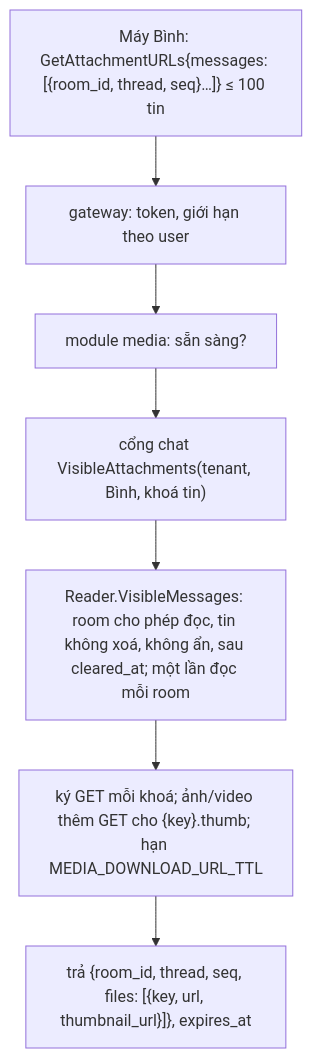
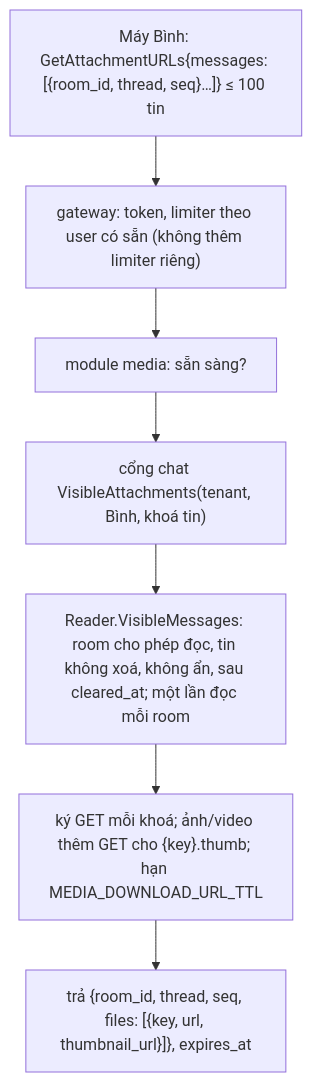
The second of 3 diagrams in docs/plans/2026-11-07-m7-p2-attachments-summary.md (ivannguyendev/chatim), drawn with Mermaid before and after one commit. The commit also changed other lines of this file, not shown here.

````diff
--- a/docs/plans/2026-11-07-m7-p2-attachments-summary.md
+++ b/docs/plans/2026-11-07-m7-p2-attachments-summary.md
@@ -126,9 +126,9 @@
 ```mermaid
 flowchart TB
-  B["Máy Bình: GetAttachmentURLs{messages: [{room_id, thread, seq}…]} ≤ 100 tin"] --> GW["gateway: token, giới hạn theo user"]
+  B["Máy Bình: GetAttachmentURLs{messages: [{room_id, thread, seq}…]} ≤ 100 tin"] --> GW["gateway: token, limiter theo user có sẵn (không thêm limiter riêng)"]
   GW --> M["module media: sẵn sàng?"]
   M --> P["cổng chat VisibleAttachments(tenant, Bình, khoá tin)"]
   P --> R["Reader.VisibleMessages: room cho phép đọc, tin không xoá, không ẩn, sau cleared_at; một lần đọc mỗi room"]
   R --> M2["ký GET mỗi khoá; ảnh/video thêm GET cho {key}.thumb; hạn MEDIA_DOWNLOAD_URL_TTL"]
   M2 --> B2["trả {room_id, thread, seq, files: [{key, url, thumbnail_url}]}, expires_at"]
 ```
````
